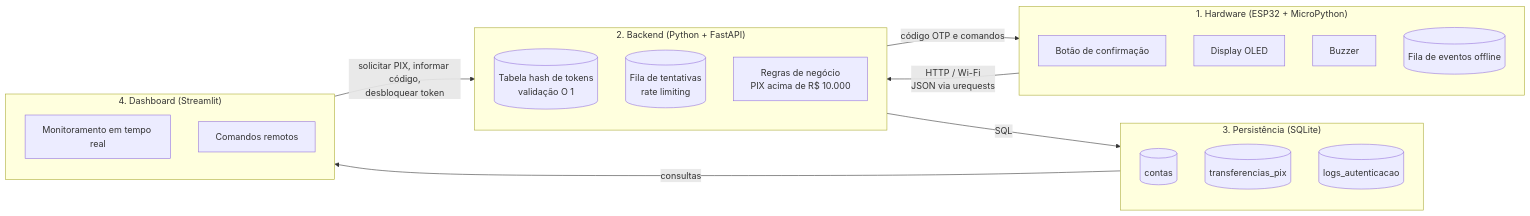
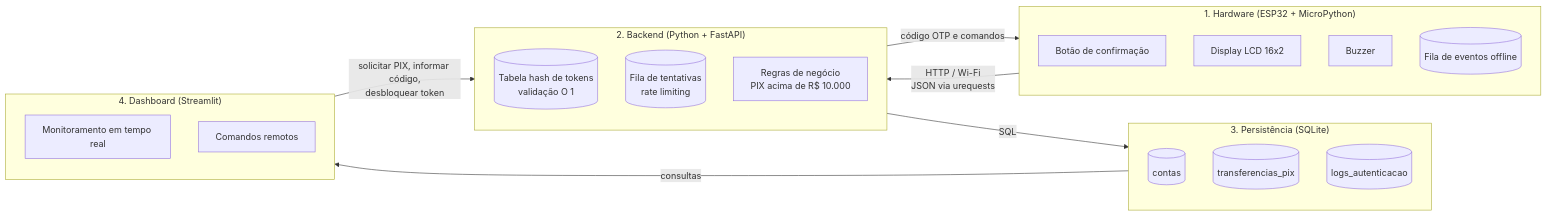
The first of 2 diagrams in README.md (joaosouza-jota/bytebank-iot-hardware-key), drawn with Mermaid before and after one commit. The commit also changed other lines of this file and 1 other file, not shown here.

Commit message:
Documenta a montagem real: LCD em 5 V, buzzer ativo e pinos confirmados

````diff
--- a/README.md
+++ b/README.md
@@ -25,32 +25,32 @@
 ```mermaid
 flowchart LR
     subgraph EDGE["1. Hardware (ESP32 + MicroPython)"]
         BTN[Botão de confirmação]
-        OLED[Display OLED]
+        LCD[Display LCD 16x2]
         BZ[Buzzer]
         FILA_LOCAL[(Fila de eventos offline)]
     end
 
     subgraph API["2. Backend (Python + FastAPI)"]
         HASH[(Tabela hash de tokens<br/>validação O 1)]
         TENT[(Fila de tentativas<br/>rate limiting)]
         REGRAS[Regras de negócio<br/>PIX acima de R$ 10.000]
     end
 
     subgraph BD["3. Persistência (SQLite)"]
         CONTAS[(contas)]
         PIX[(transferencias_pix)]
         LOGS[(logs_autenticacao)]
     end
 
     subgraph DASH["4. Dashboard (Streamlit)"]
         PAINEL[Monitoramento em tempo real]
         CMD[Comandos remotos]
     end
 
     EDGE -- "HTTP / Wi-Fi<br/>JSON via urequests" --> API
     API -- "código OTP e comandos" --> EDGE
     API -- "SQL" --> BD
     BD -- "consultas" --> DASH
     DASH -- "solicitar PIX, informar código,<br/>desbloquear token" --> API
 ```
````
